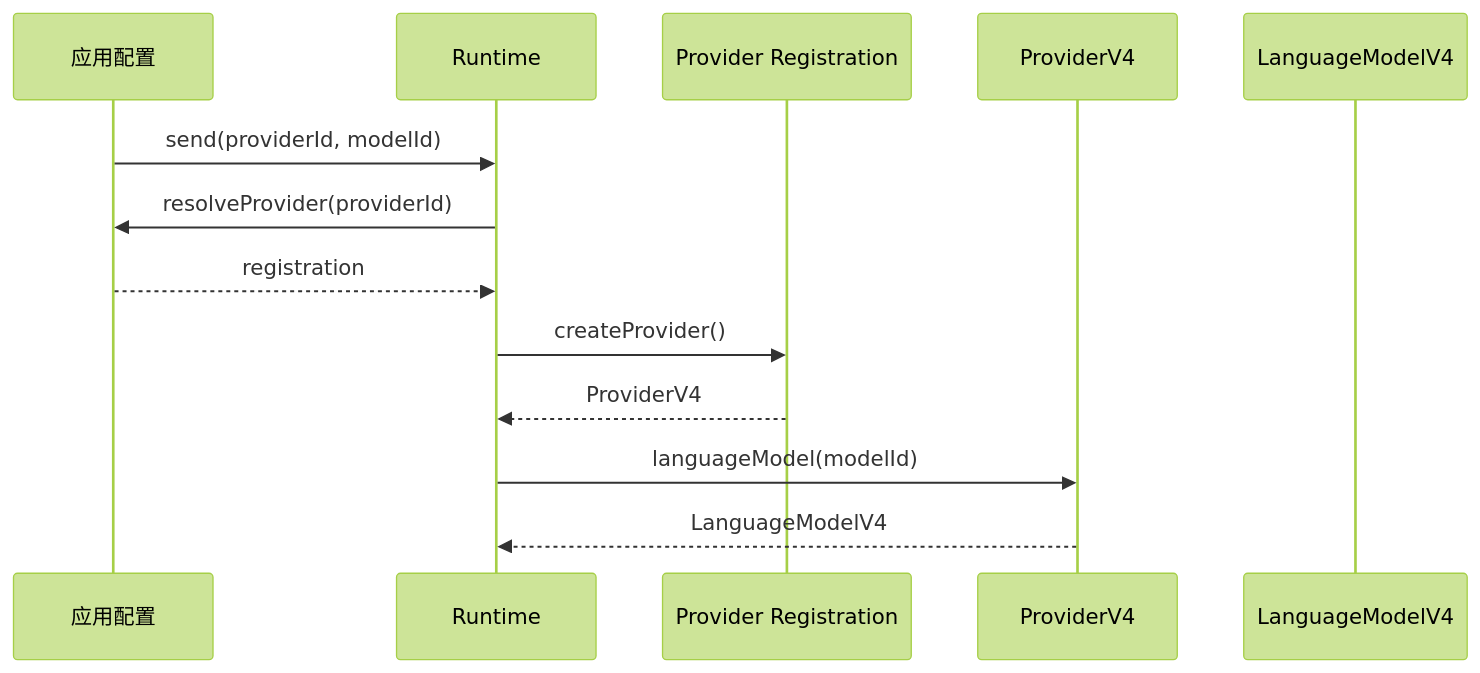
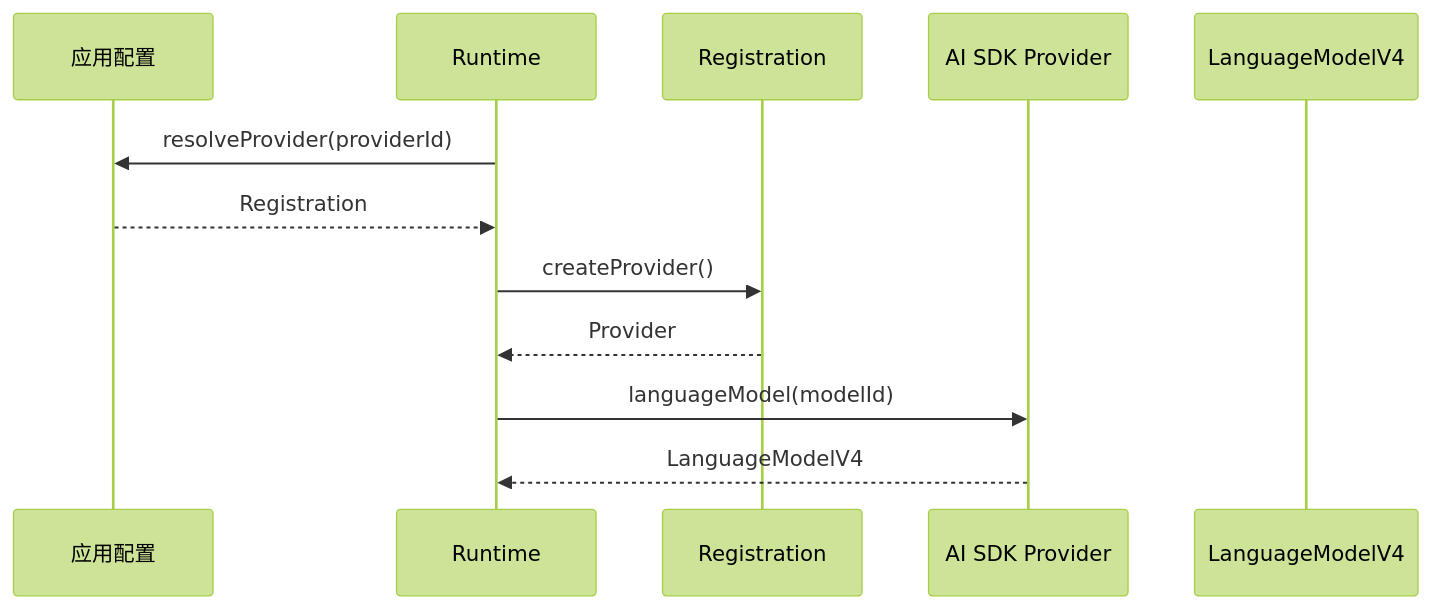
Before and after one commit to gene9831/tiny-robot: the first of 2 diagrams in docs-next/src/concepts/provider-registration.md, drawn with Mermaid (forest theme). The commit also changed other lines of this file and 8 other files, not shown here.

````diff
--- a/docs-next/src/concepts/provider-registration.md
+++ b/docs-next/src/concepts/provider-registration.md
@@ -52,16 +60,15 @@
 ```mermaid
 sequenceDiagram
   participant App as 应用配置
   participant Runtime
-  participant Registration as Provider Registration
-  participant Provider as ProviderV4
+  participant Registration
+  participant Provider as AI SDK Provider
   participant Model as LanguageModelV4
 
-  App->>Runtime: send(providerId, modelId)
   Runtime->>App: resolveProvider(providerId)
-  App-->>Runtime: registration
+  App-->>Runtime: Registration
   Runtime->>Registration: createProvider()
-  Registration-->>Runtime: ProviderV4
+  Registration-->>Runtime: Provider
   Runtime->>Provider: languageModel(modelId)
   Provider-->>Runtime: LanguageModelV4
 ```
````
